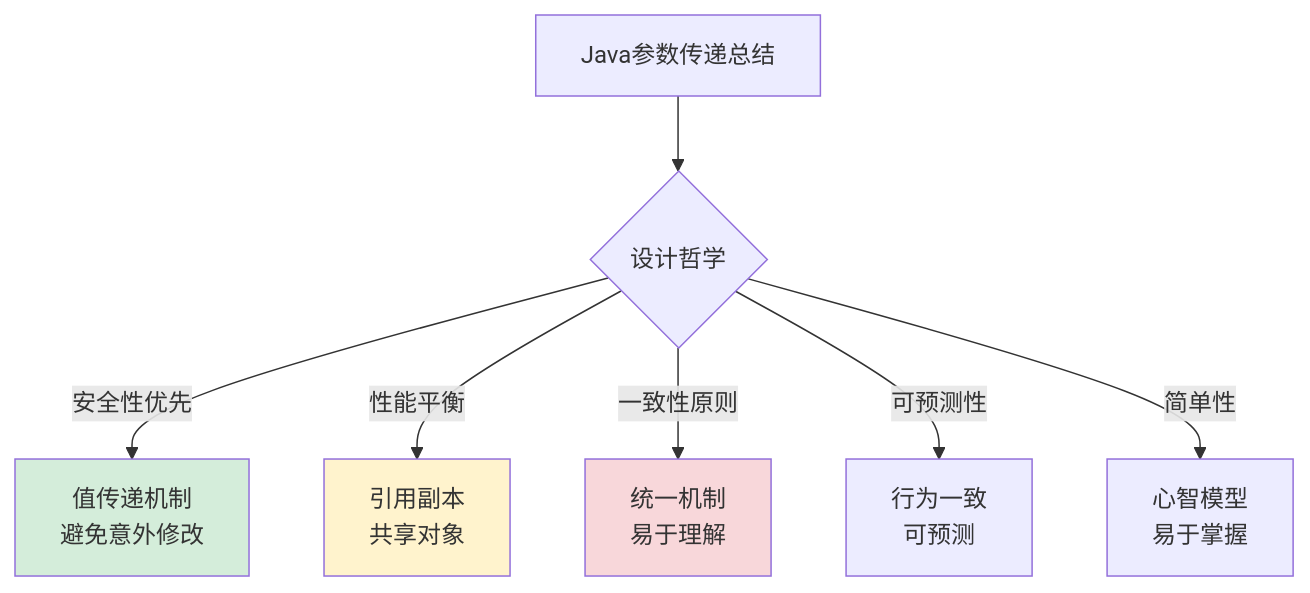
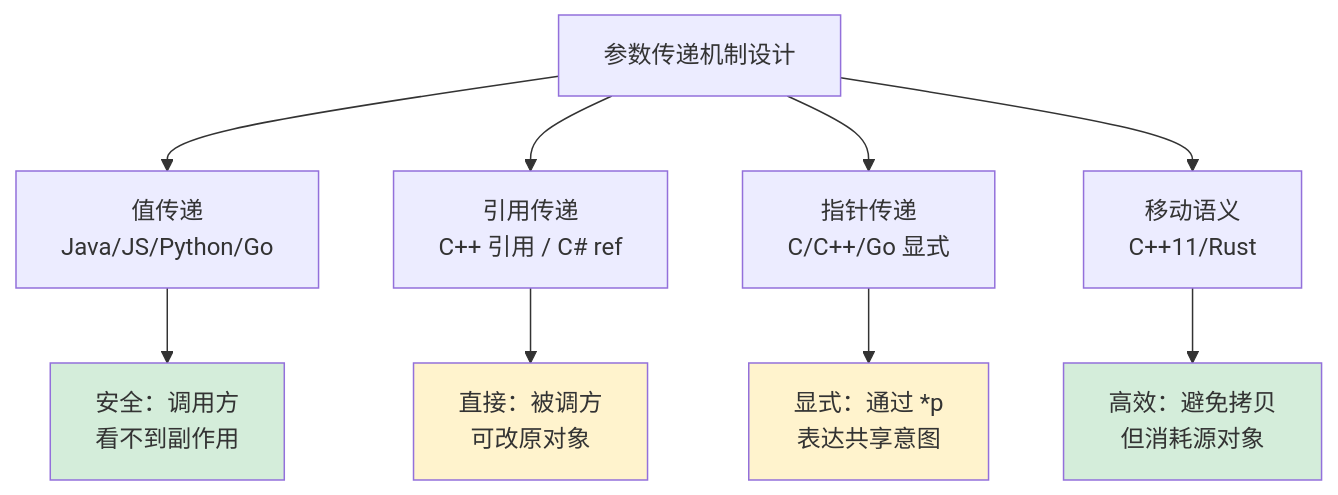
Diagram 18 of 33 in 00.通用技术的提升/02.程序编程原理/03.值型变量和引用.md (chongyang211/YCBookBlog), drawn with Mermaid before and after one commit. The commit also changed other lines of this file and 6 other files, not shown here.

````diff
--- a/00.通用技术的提升/02.程序编程原理/03.值型变量和引用.md
+++ b/00.通用技术的提升/02.程序编程原理/03.值型变量和引用.md
@@ -885,13 +962,17 @@
 ```mermaid
-graph TB
-    A[Java参数传递总结] --> B{设计哲学}
-    B -->|安全性优先| C[值传递机制<br/>避免意外修改]
-    B -->|性能平衡| D[引用副本<br/>共享对象]
-    B -->|一致性原则| E[统一机制<br/>易于理解]
-    B -->|可预测性| F[行为一致<br/>可预测]
-    B -->|简单性| G[心智模型<br/>易于掌握]
-    
-    style C fill:#d4edda
-    style D fill:#fff3cd
-    style E fill:#f8d7da
+flowchart TD
+    A[参数传递机制设计] --> B[值传递<br/>Java/JS/Python/Go]
+    A --> C[引用传递<br/>C++ 引用 / C# ref]
+    A --> D[指针传递<br/>C/C++/Go 显式]
+    A --> E[移动语义<br/>C++11/Rust]
+
+    B --> B1[安全：调用方<br/>看不到副作用]
+    C --> C1[直接：被调方<br/>可改原对象]
+    D --> D1[显式：通过 *p<br/>表达共享意图]
+    E --> E1[高效：避免拷贝<br/>但消耗源对象]
+
+    style B1 fill:#d4edda
+    style C1 fill:#fff3cd
+    style D1 fill:#fff3cd
+    style E1 fill:#d4edda
 ```
````
